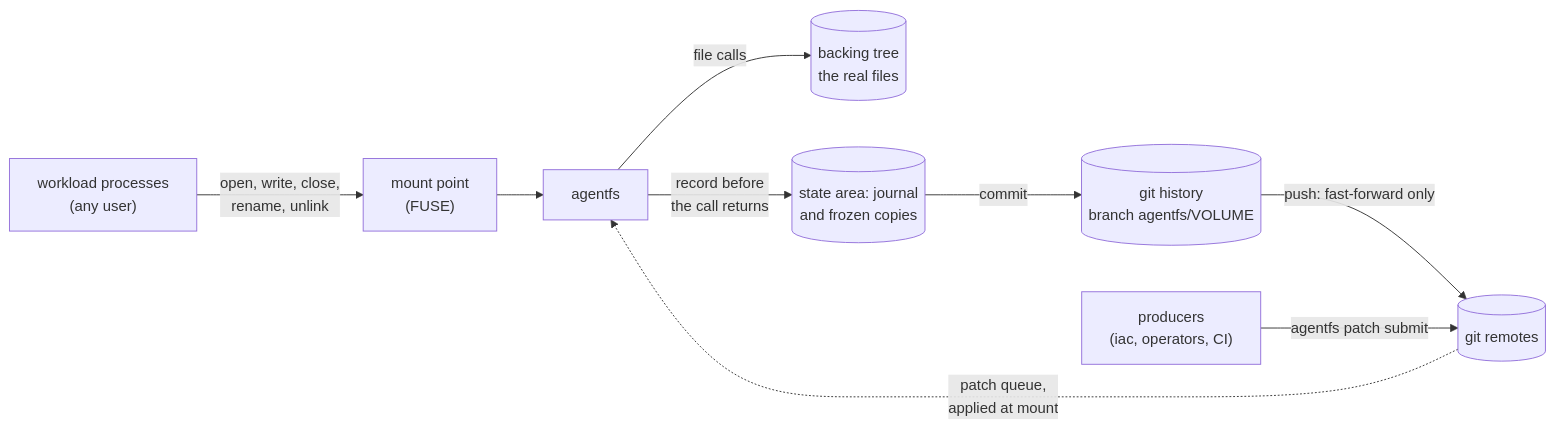
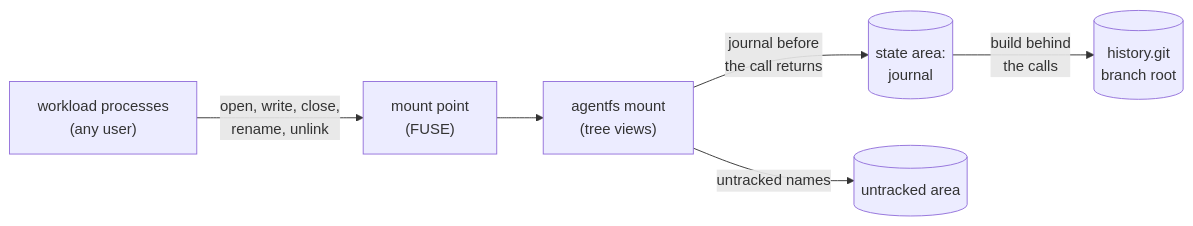
Before and after one commit to mcurcio/agentfs: the diagram in README.md, drawn with Mermaid. The commit also changed other lines of this file and 30 other files, not shown here.

````diff
--- a/README.md
+++ b/README.md
@@ -201,11 +211,8 @@
 ```mermaid
 flowchart LR
   W["workload processes<br/>(any user)"] -- "open, write, close,<br/>rename, unlink" --> M["mount point<br/>(FUSE)"]
-  M --> A["agentfs"]
-  A -- "file calls" --> B[("backing tree<br/>the real files")]
-  A -- "record before<br/>the call returns" --> J[("state area: journal<br/>and frozen copies")]
-  J -- "commit" --> H[("git history<br/>branch agentfs/VOLUME")]
-  H -- "push: fast-forward only" --> R[("git remotes")]
-  P["producers<br/>(iac, operators, CI)"] -- "agentfs patch submit" --> R
-  R -. "patch queue,<br/>applied at mount" .-> A
+  M --> A["agentfs mount<br/>(tree views)"]
+  A -- "journal before<br/>the call returns" --> J[("state area:<br/>journal")]
+  J -- "build behind<br/>the calls" --> H[("history.git<br/>branch root")]
+  A -- "untracked names" --> U[("untracked area")]
 ```
````
